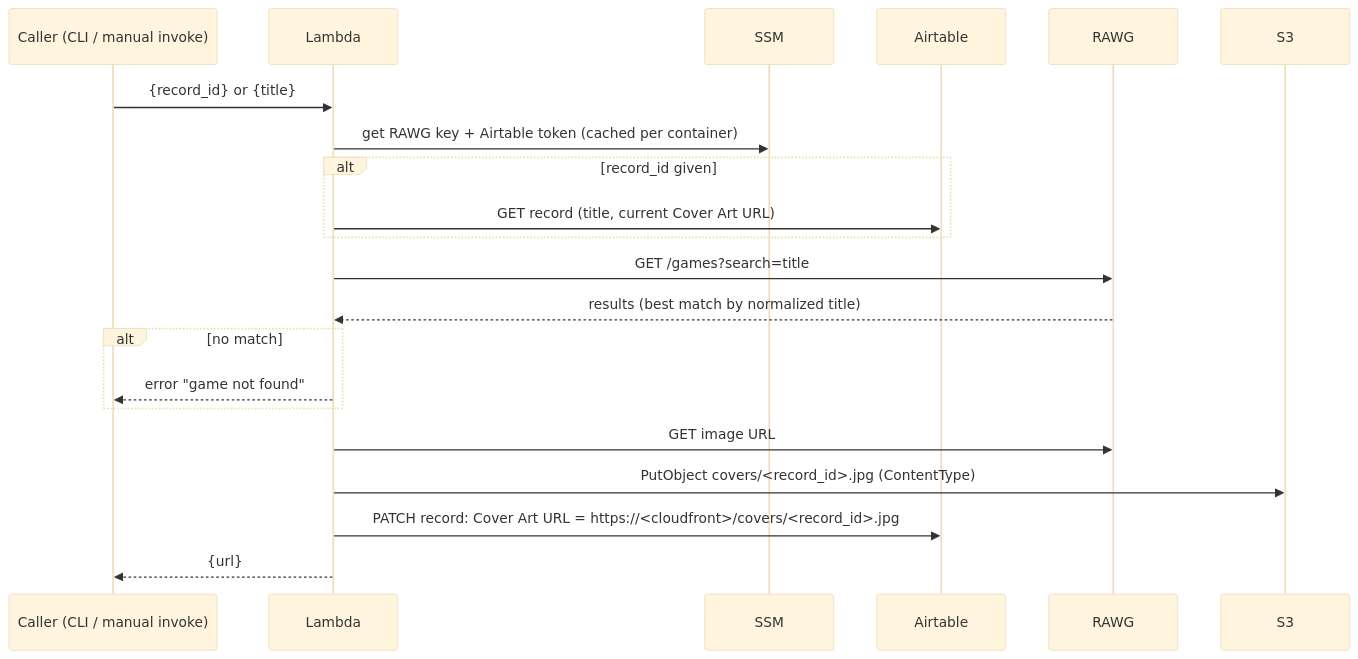
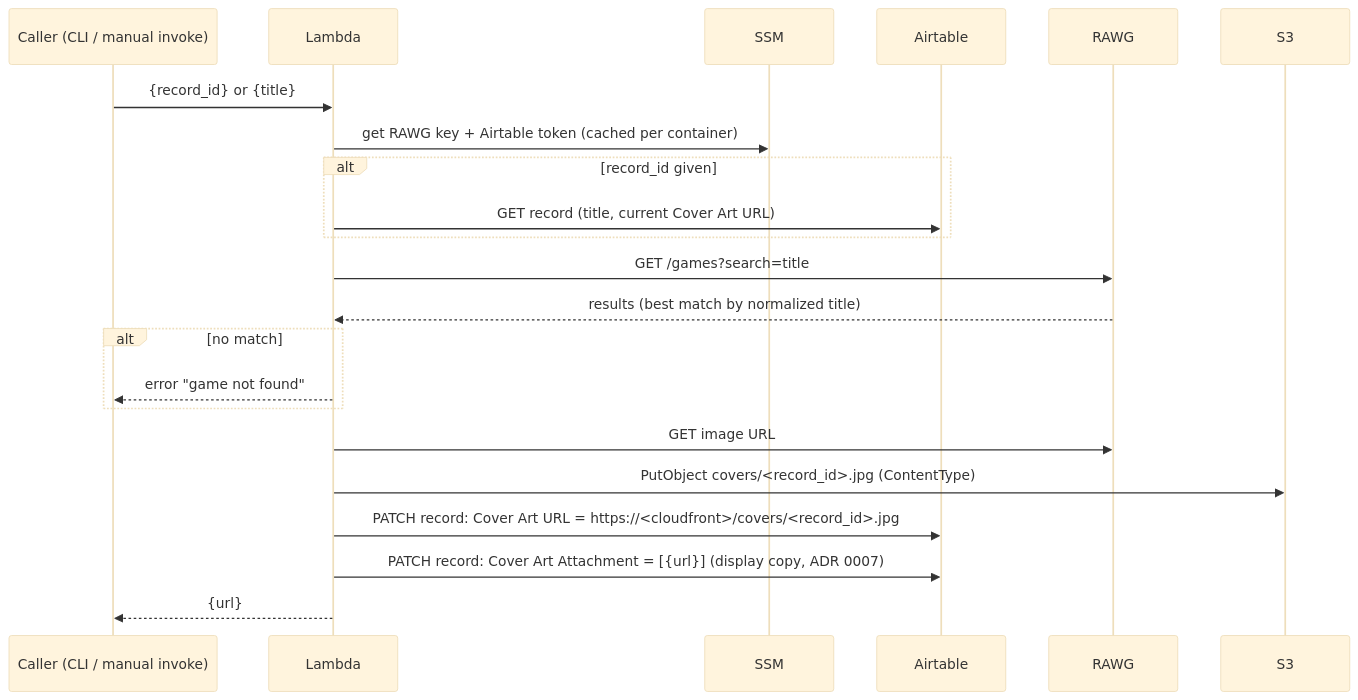
Before and after one commit to gratiosoft/learning-projects: the third of 4 diagrams in game-collection-tracker/docs/architecture.md, drawn with Mermaid (base theme). The commit also changed 8 other files, not shown here.

Commit message:
feat(game-collection-tracker): write cover art attachment for gallery views

````diff
--- a/game-collection-tracker/docs/architecture.md
+++ b/game-collection-tracker/docs/architecture.md
@@ -62,23 +62,24 @@
 ```mermaid
 sequenceDiagram
     participant C as Caller (CLI / manual invoke)
     participant L as Lambda
     participant P as SSM
     participant A as Airtable
     participant R as RAWG
     participant S as S3
     C->>L: {record_id} or {title}
     L->>P: get RAWG key + Airtable token (cached per container)
     alt record_id given
         L->>A: GET record (title, current Cover Art URL)
     end
     L->>R: GET /games?search=title
     R-->>L: results (best match by normalized title)
     alt no match
         L-->>C: error "game not found"
     end
     L->>R: GET image URL
     L->>S: PutObject covers/<record_id>.jpg (ContentType)
     L->>A: PATCH record: Cover Art URL = https://<cloudfront>/covers/<record_id>.jpg
+    L->>A: PATCH record: Cover Art Attachment = [{url}] (display copy, ADR 0007)
     L-->>C: {url}
 ```
````
